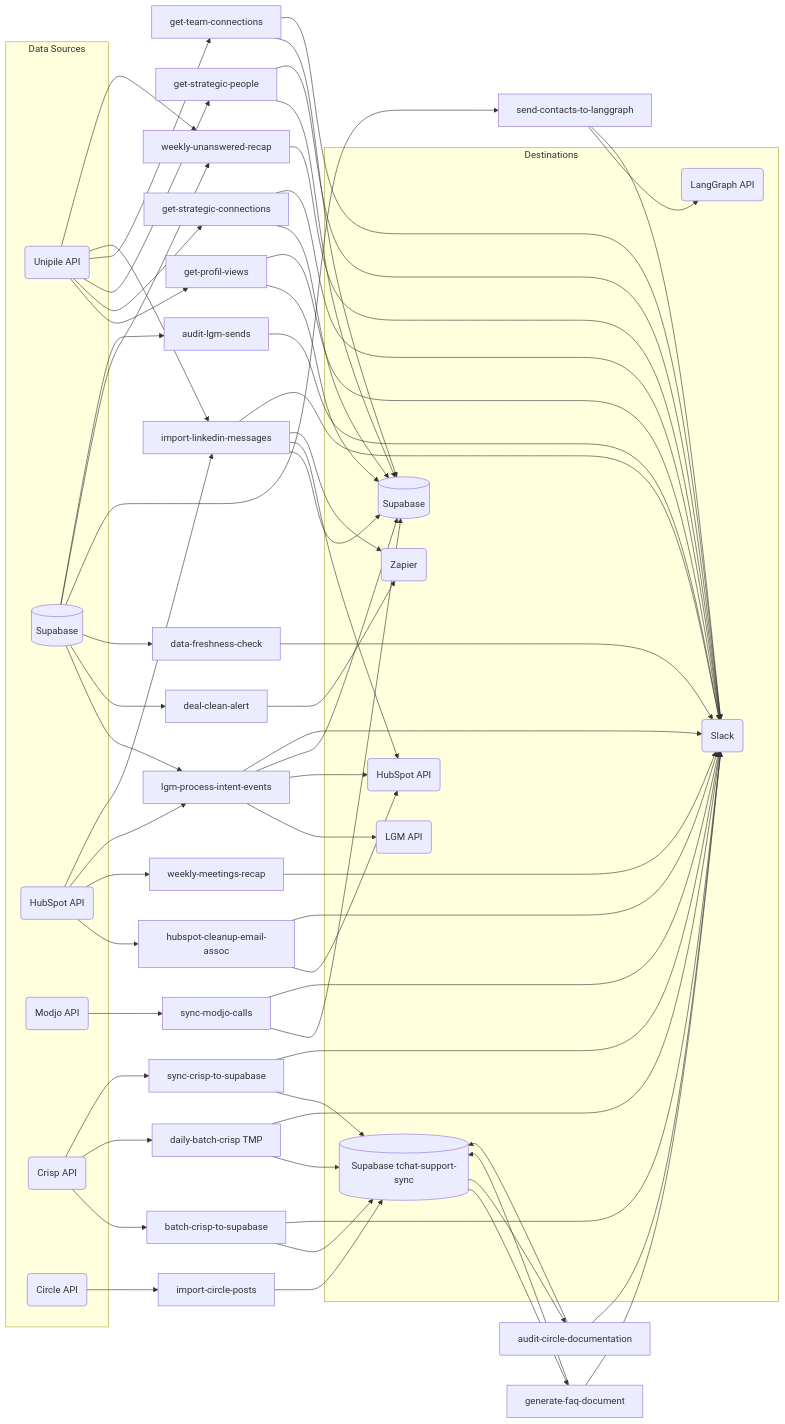
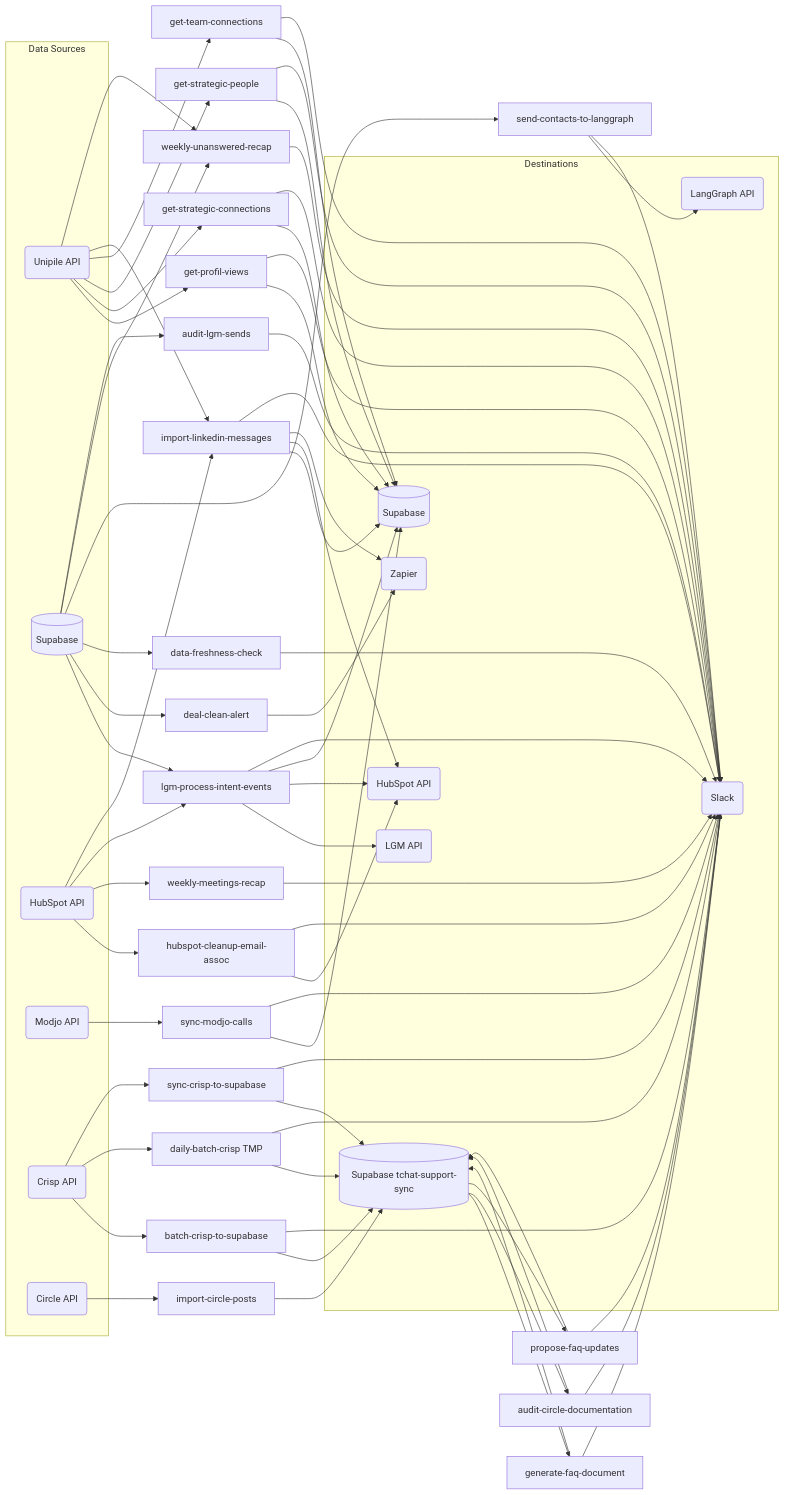
Before and after one commit to AirSaas/linkedin-scrapp: the first of 23 diagrams in CLAUDE.md, drawn with Mermaid. The commit also changed other lines of this file and 3 other files, not shown here.

First line of the commit message:
Add propose-faq-updates task and incremental FAQ extraction (#71)

````diff
--- a/CLAUDE.md
+++ b/CLAUDE.md
@@ -56,54 +57,56 @@
 ```mermaid
 flowchart LR
     subgraph src ["Data Sources"]
         UN(Unipile API)
         SB[(Supabase)]
         HS_I(HubSpot API)
         MJ(Modjo API)
         CR(Crisp API)
         CI(Circle API)
     end
 
     subgraph dst ["Destinations"]
         LGM_O(LGM API)
         HS_O(HubSpot API)
         SB_O[(Supabase)]
         SB_CR[(Supabase tchat-support-sync)]
         SL(Slack)
         ZP(Zapier)
         LG(LangGraph API)
     end
 
     UN --> GPV[get-profil-views] & GSC[get-strategic-connections] & GSP[get-strategic-people] & GTC[get-team-connections] & ILM[import-linkedin-messages]
     SB --> LPI[lgm-process-intent-events] & DCA[deal-clean-alert] & DFC[data-freshness-check] & SCL[send-contacts-to-langgraph]
     HS_I --> HCE[hubspot-cleanup-email-assoc] & WMR[weekly-meetings-recap] & LPI & ILM
     MJ --> SMC[sync-modjo-calls]
     CR --> BCS[batch-crisp-to-supabase] & DBCS[daily-batch-crisp TMP] & SCS[sync-crisp-to-supabase]
     SB --> WUR[weekly-unanswered-recap]
     UN --> WUR
 
     GPV --> SB_O & SL
     GSC --> SB_O & SL
     GSP --> SB_O & SL
     GTC --> SB_O & SL
     LPI --> LGM_O & HS_O & SB_O & SL
     SB --> ALS[audit-lgm-sends]
     ALS --> SL
     HCE --> HS_O & SL
     ILM --> SB_O & HS_O & ZP & SL
     WMR --> SL
     DCA --> ZP
     DFC --> SL
     SMC --> SB_O & SL
     SCL --> LG & SL
     BCS --> SB_CR & SL
     DBCS --> SB_CR & SL
     SCS --> SB_CR & SL
     CI --> ICP[import-circle-posts]
     ICP --> SB_CR
     SB_CR --> GFD[generate-faq-document]
     GFD --> SB_CR & SL
     SB_CR --> ACD[audit-circle-documentation]
     ACD --> SB_CR & SL
+    SB_CR --> PFU[propose-faq-updates]
+    PFU --> SB_CR & SL
     WUR --> SL
 ```
````
